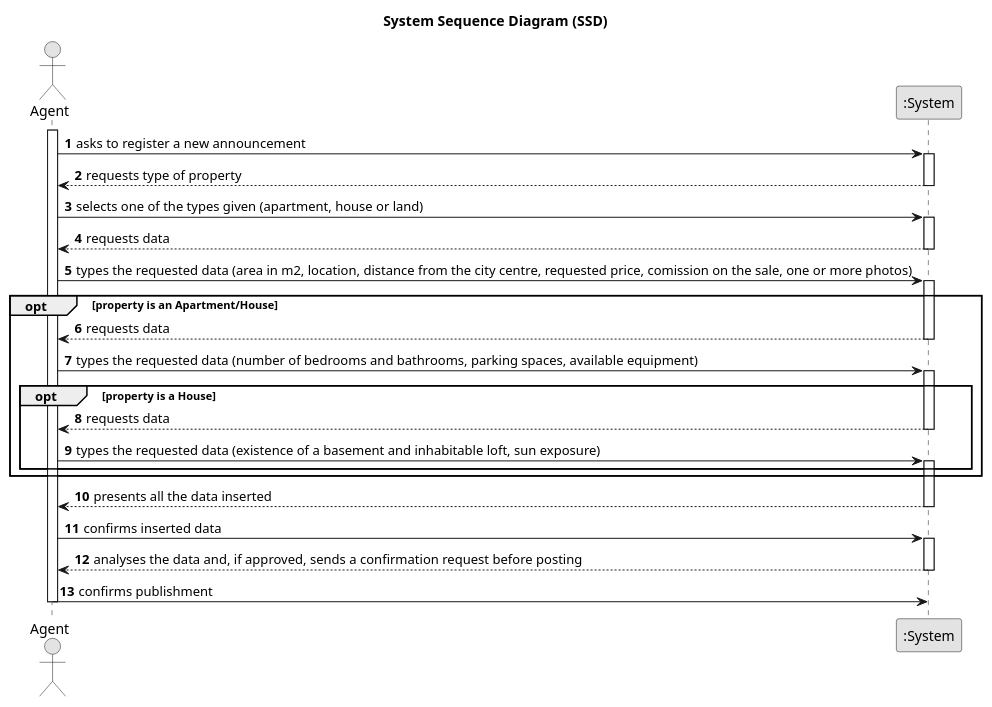
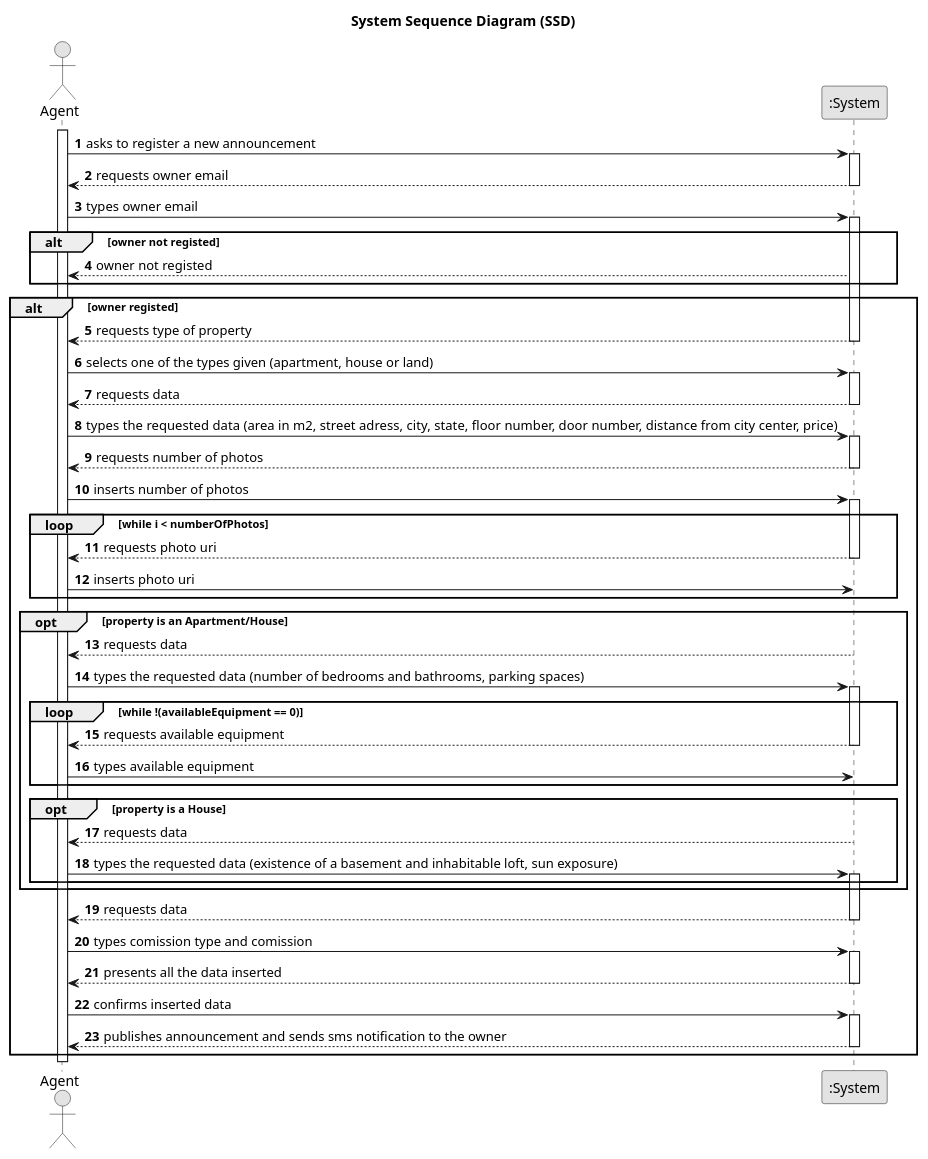
One commit to 1220812/LAPR2 changed the diagram in docs/sprintD/us002/01.requirements-engineering/puml/us002-system-sequence-diagram.puml. Above: the diagram before and after it, drawn with PlantUML. The commit also changed 8 other files, not shown here.

```diff
--- a/docs/sprintD/us002/01.requirements-engineering/puml/us002-system-sequence-diagram.puml
+++ b/docs/sprintD/us002/01.requirements-engineering/puml/us002-system-sequence-diagram.puml
@@ -1,75 +1,130 @@
 @startuml
 skinparam monochrome true
 skinparam packageStyle rectangle
 skinparam shadowing false
 
 title System Sequence Diagram (SSD)
 
 autonumber
 
 actor "Agent" as Agent
 participant ":System" as System
 
 activate Agent
 
     Agent -> System : asks to register a new announcement
 
     activate System
 
+        System --> Agent : requests owner email
+
+    deactivate System
+
+    Agent -> System : types owner email
+
+    activate System
+
+    alt owner not registed
+
+    System --> Agent : owner not registed
+
+    end alt
+
+    alt owner registed
+
         System --> Agent : requests type of property
 
     deactivate System
 
     Agent -> System : selects one of the types given (apartment, house or land)
 
     activate System
 
         System --> Agent : requests data
 
     deactivate System
 
-    Agent -> System : types the requested data (area in m2, location, distance from the city centre, requested price, comission on the sale, one or more photos)
+    Agent -> System : types the requested data (area in m2, street adress, city, state, floor number, door number, distance from city center, price)
+
+    activate System
+
+    System --> Agent : requests number of photos
+
+    deactivate System
+
+    Agent -> System : inserts number of photos
+
+    loop while i < numberOfPhotos
+
+    activate System
+
+    System --> Agent : requests photo uri
+
+    deactivate System
+
+    Agent -> System : inserts photo uri
+
+    end loop
 
     opt property is an Apartment/House
 
         activate System
 
         System --> Agent : requests data
 
         deactivate System
 
-        Agent -> System : types the requested data (number of bedrooms and bathrooms, parking spaces, available equipment)
+        Agent -> System : types the requested data (number of bedrooms and bathrooms, parking spaces)
+
+        loop while !(availableEquipment == 0)
+
+        activate System
+
+                System --> Agent : requests available equipment
+
+        deactivate System
+
+        Agent -> System : types available equipment
+
+        end loop
 
         opt property is a House
 
             activate System
 
             System --> Agent : requests data
 
             deactivate System
 
             Agent -> System : types the requested data (existence of a basement and inhabitable loft, sun exposure)
 
             activate System
 
         end opt
 
     end opt
 
+            System --> Agent : requests data
+
+            deactivate System
+
+            Agent -> System : types comission type and comission
+
+            activate System
+
         System --> Agent : presents all the data inserted
 
     deactivate System
 
     Agent -> System : confirms inserted data
 
     activate System
 
-        System --> Agent : analyses the data and, if approved, sends a confirmation request before posting
+        System --> Agent : publishes announcement and sends sms notification to the owner
 
     deactivate System
-
-    Agent -> System : confirms publishment
-
+end alt
 deactivate Agent
 
+
 @enduml
```
